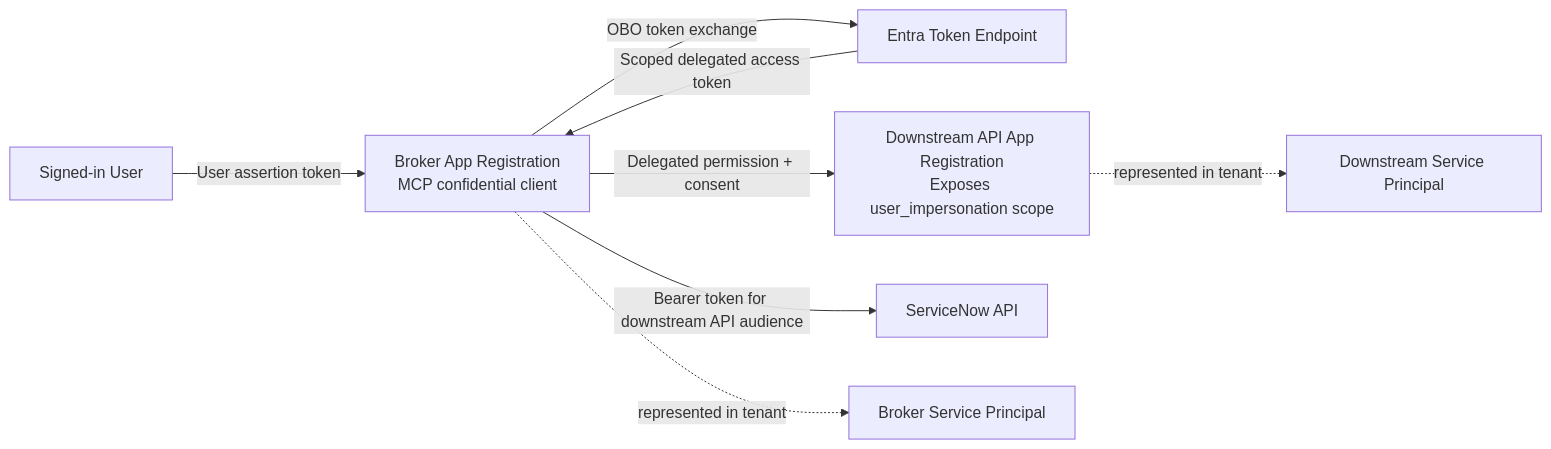
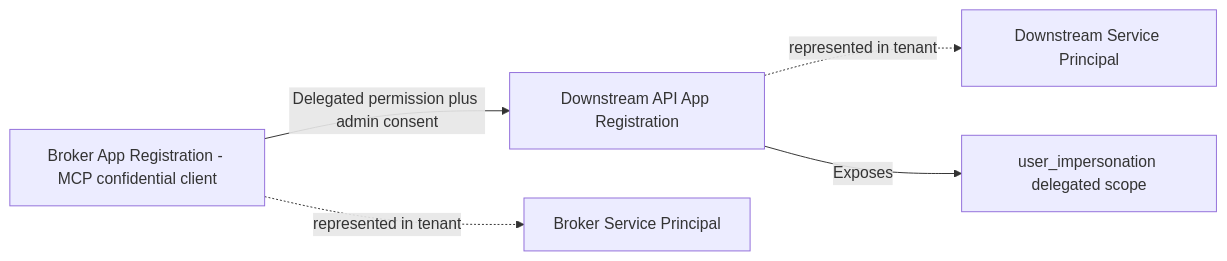
Before and after one commit to drewelewis/ai-servicenow-mcp-obo: the second of 2 diagrams in README.md, drawn with Mermaid. The commit also changed other lines of this file and 2 other files, not shown here.

Commit message:
docs: convert OBO runtime flow to sequence diagram

````diff
--- a/README.md
+++ b/README.md
@@ -205,10 +215,10 @@
 ```mermaid
 flowchart LR
-  U[Signed-in User] -->|User assertion token| B[Broker App Registration\nMCP confidential client]
-  B -->|OBO token exchange| T[Entra Token Endpoint]
-  B -->|Delegated permission + consent| D[Downstream API App Registration\nExposes user_impersonation scope]
-  T -->|Scoped delegated access token| B
-  B -->|Bearer token for downstream API audience| S[ServiceNow API]
-  B -. represented in tenant .-> SB[Broker Service Principal]
-  D -. represented in tenant .-> SD[Downstream Service Principal]
+  B[Broker App Registration - MCP confidential client]
+  D[Downstream API App Registration]
+  SC[user_impersonation delegated scope]
+  B -. "represented in tenant" .-> SB[Broker Service Principal]
+  D -. "represented in tenant" .-> SD[Downstream Service Principal]
+  B -->|Delegated permission plus admin consent| D
+  D -->|Exposes| SC
 ```
````
